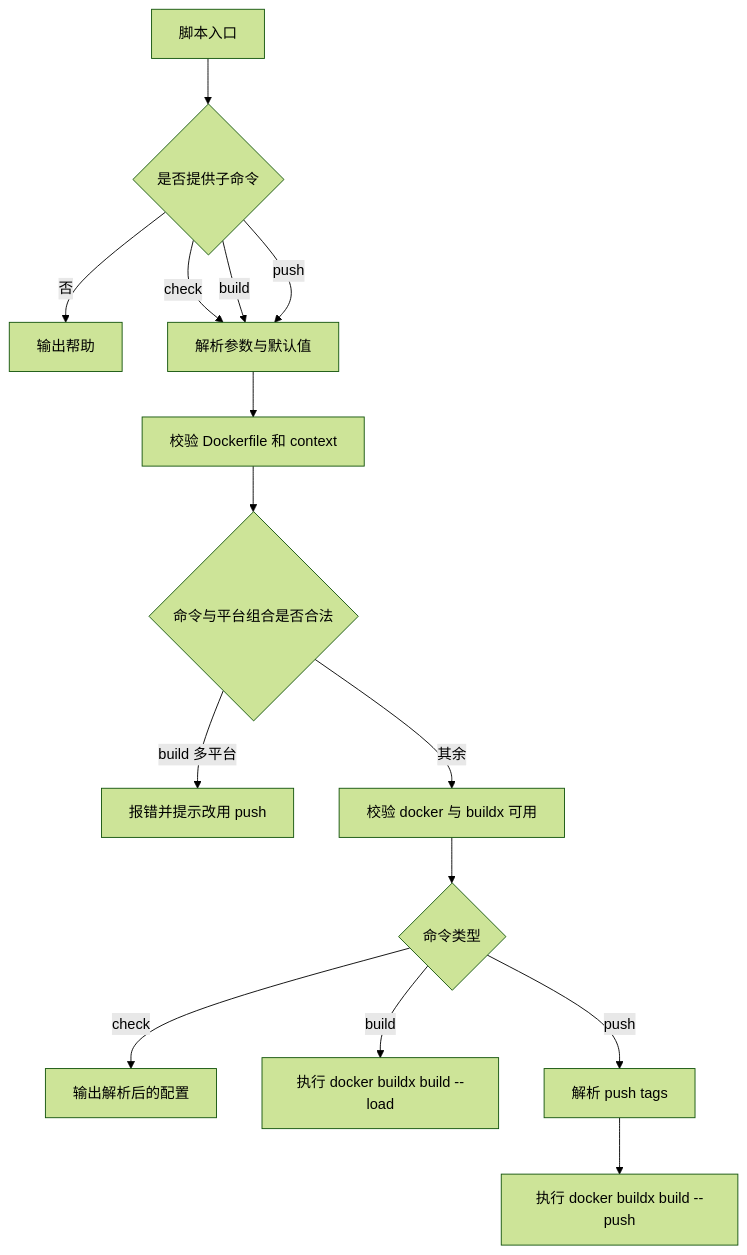
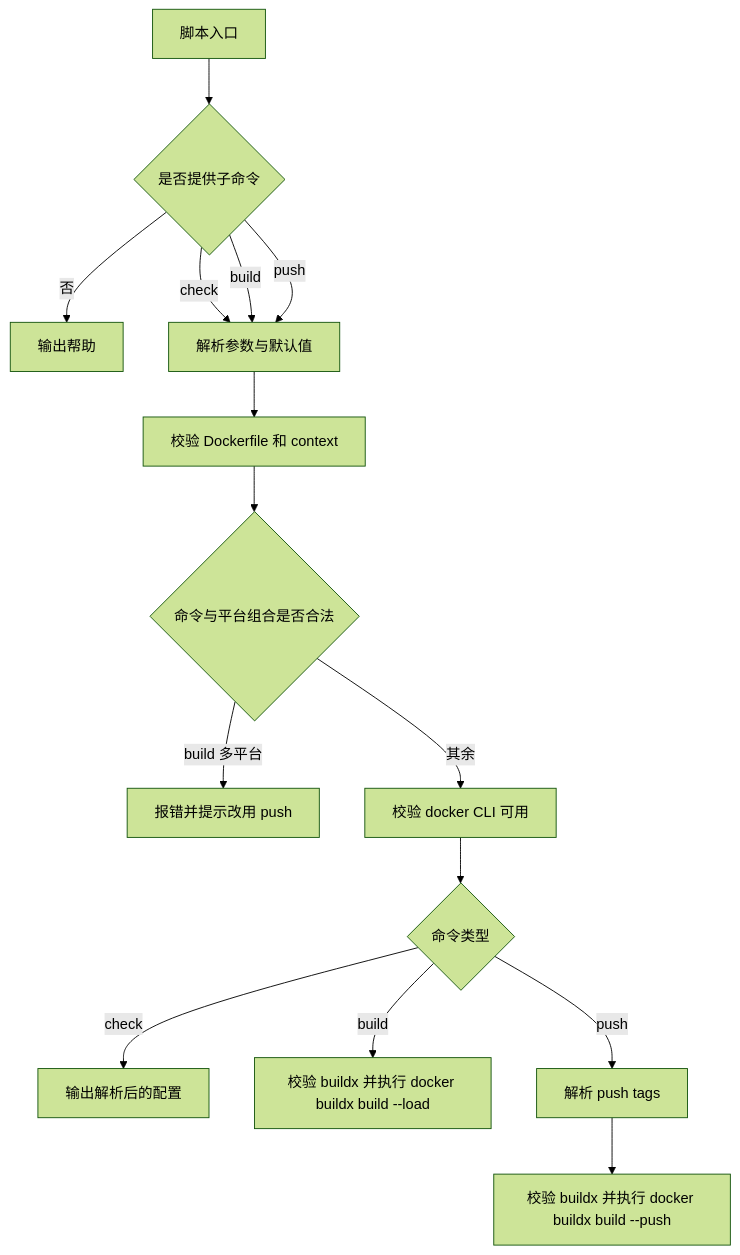
One commit to lonemoonspace/weread-challenge-selenium changed the diagram in docs/docker-image-publish.md. Above: the diagram before and after it, drawn with Mermaid (forest theme). The commit also changed other lines of this file and 3 other files, not shown here.

````diff
--- a/docs/docker-image-publish.md
+++ b/docs/docker-image-publish.md
@@ -24,17 +26,17 @@
 ```mermaid
 flowchart TD
   A[脚本入口] --> B{是否提供子命令}
   B -->|否| C[输出帮助]
   B -->|check| D[解析参数与默认值]
   B -->|build| D
   B -->|push| D
   D --> E[校验 Dockerfile 和 context]
   E --> F{命令与平台组合是否合法}
   F -->|build 多平台| G[报错并提示改用 push]
-  F -->|其余| H[校验 docker 与 buildx 可用]
+  F -->|其余| H[校验 docker CLI 可用]
   H --> I{命令类型}
   I -->|check| J[输出解析后的配置]
-  I -->|build| K[执行 docker buildx build --load]
+  I -->|build| K[校验 buildx 并执行 docker buildx build --load]
   I -->|push| L[解析 push tags]
-  L --> M[执行 docker buildx build --push]
+  L --> M[校验 buildx 并执行 docker buildx build --push]
 ```
````
